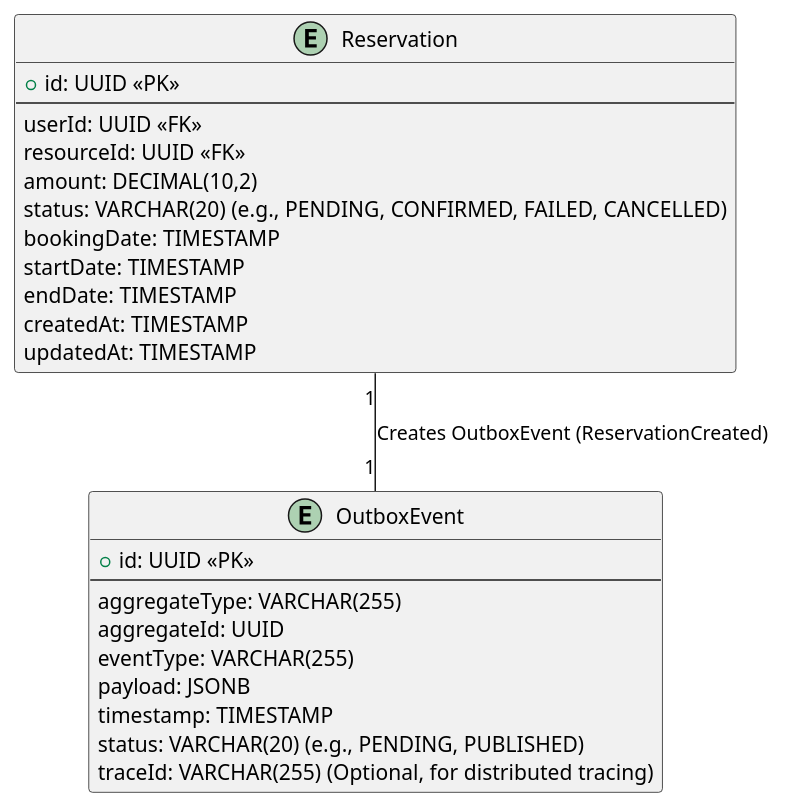
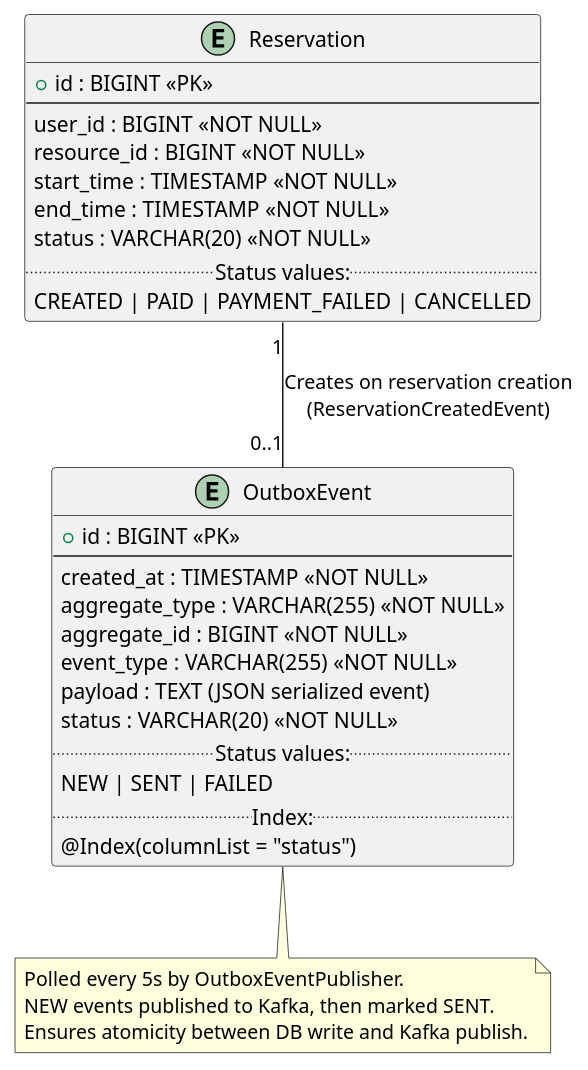
The diagram in docs/diagrams/erd-reservation.puml (danylo-senchyshyn/reservation-micro), drawn with PlantUML before and after one commit. The commit also changed 19 other files, not shown here.

Commit message:
docs: update architecture diagrams and benchmark results

```diff
--- a/docs/diagrams/erd-reservation.puml
+++ b/docs/diagrams/erd-reservation.puml
@@ -1,29 +1,37 @@
-@startuml
+@startuml erd-reservation
 entity "Reservation" {
-    + id: UUID <<PK>>
+    + id : BIGINT <<PK>>
     --
-    userId: UUID <<FK>>
-    resourceId: UUID <<FK>>
-    amount: DECIMAL(10,2)
-    status: VARCHAR(20) (e.g., PENDING, CONFIRMED, FAILED, CANCELLED)
-    bookingDate: TIMESTAMP
-    startDate: TIMESTAMP
-    endDate: TIMESTAMP
-    createdAt: TIMESTAMP
-    updatedAt: TIMESTAMP
+    user_id : BIGINT <<NOT NULL>>
+    resource_id : BIGINT <<NOT NULL>>
+    start_time : TIMESTAMP <<NOT NULL>>
+    end_time : TIMESTAMP <<NOT NULL>>
+    status : VARCHAR(20) <<NOT NULL>>
+    .. Status values: ..
+    CREATED | PAID | PAYMENT_FAILED | CANCELLED
 }
 
 entity "OutboxEvent" {
-    + id: UUID <<PK>>
+    + id : BIGINT <<PK>>
     --
-    aggregateType: VARCHAR(255)
-    aggregateId: UUID
-    eventType: VARCHAR(255)
-    payload: JSONB
-    timestamp: TIMESTAMP
-    status: VARCHAR(20) (e.g., PENDING, PUBLISHED)
-    traceId: VARCHAR(255) (Optional, for distributed tracing)
+    created_at : TIMESTAMP <<NOT NULL>>
+    aggregate_type : VARCHAR(255) <<NOT NULL>>
+    aggregate_id : BIGINT <<NOT NULL>>
+    event_type : VARCHAR(255) <<NOT NULL>>
+    payload : TEXT (JSON serialized event)
+    status : VARCHAR(20) <<NOT NULL>>
+    .. Status values: ..
+    NEW | SENT | FAILED
+    .. Index: ..
+    @Index(columnList = "status")
 }
 
-Reservation "1" -- "1" OutboxEvent : Creates OutboxEvent (ReservationCreated)
+note bottom of OutboxEvent
+  Polled every 5s by OutboxEventPublisher.
+  NEW events published to Kafka, then marked SENT.
+  Ensures atomicity between DB write and Kafka publish.
+end note
+
+Reservation "1" -- "0..1" OutboxEvent : Creates on reservation creation\n(ReservationCreatedEvent)
+
 @enduml
```
